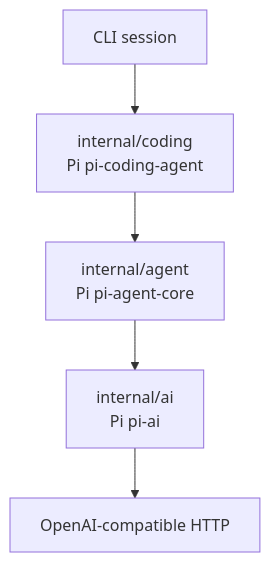
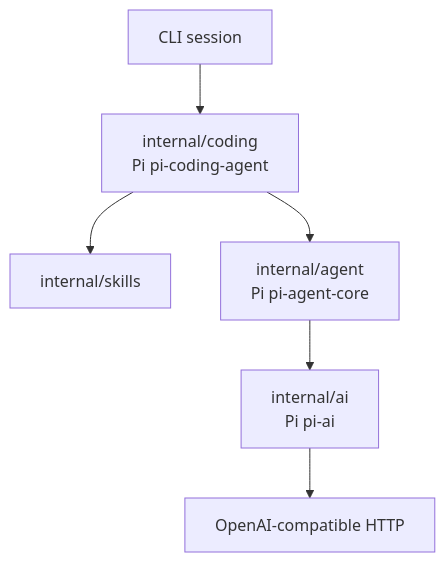
One commit to zyy17/pigo changed the first of 2 diagrams in README.md. Above: the diagram before and after it, drawn with Mermaid. The commit also changed other lines of this file and 3 other files, not shown here.

````diff
--- a/README.md
+++ b/README.md
@@ -7,12 +9,14 @@
 ```mermaid
 flowchart TD
     cli["CLI session"]
     coding["internal/coding<br/>Pi pi-coding-agent"]
+    skills["internal/skills"]
     agent["internal/agent<br/>Pi pi-agent-core"]
     ai["internal/ai<br/>Pi pi-ai"]
     http["OpenAI-compatible HTTP"]
     cli --> coding
+    coding --> skills
     coding --> agent
     agent --> ai
     ai --> http
 ```
````
